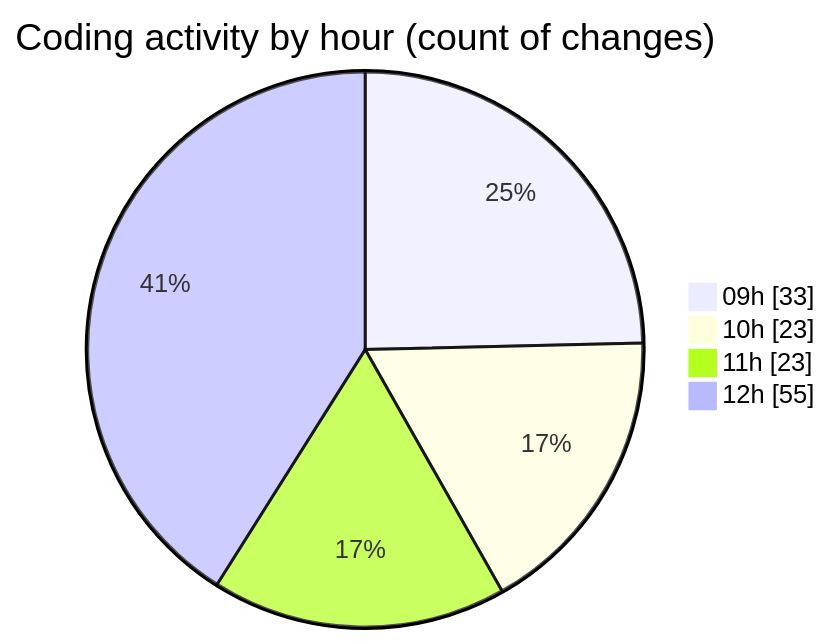
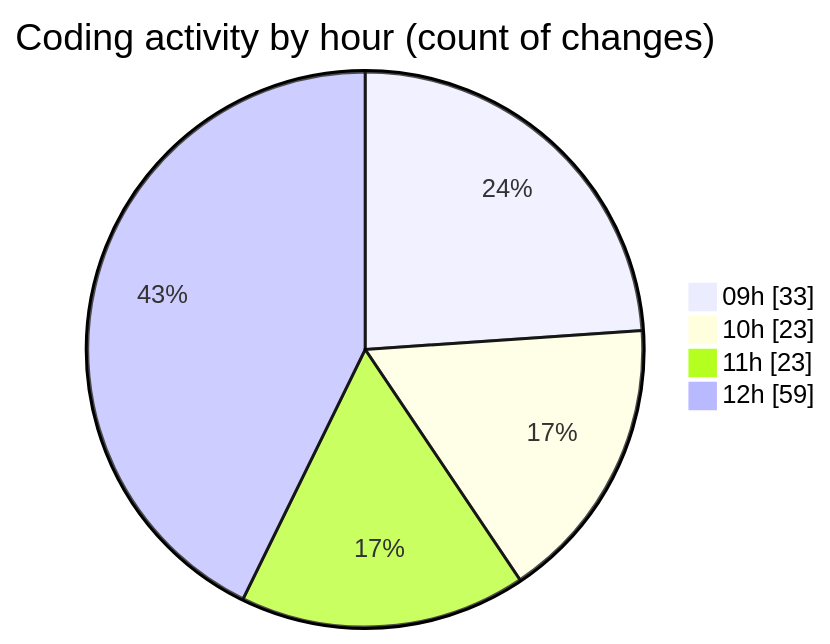
Before and after one commit to CELIANVF/code-tracking: the second of 2 diagrams in 2025-05-20/ecodeli-1/README.md, drawn with Mermaid. The commit also changed other lines of this file and 1 other file, not shown here.

````diff
--- a/2025-05-20/ecodeli-1/README.md
+++ b/2025-05-20/ecodeli-1/README.md
@@ -83,8 +84,8 @@
 ```mermaid
 pie showData
 title Coding activity by hour (count of changes)
 "09h" : 33
 "10h" : 23
 "11h" : 23
-"12h" : 55
+"12h" : 59
 ```
````
